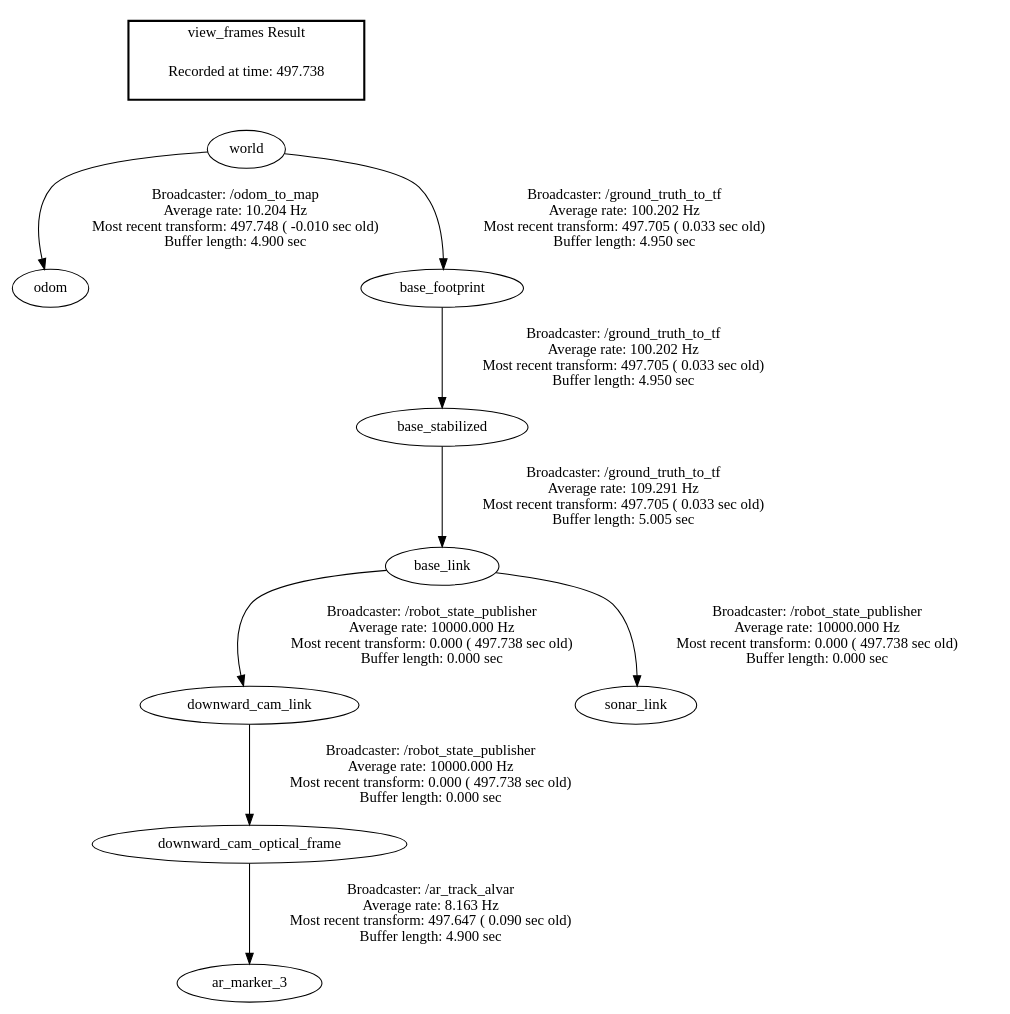
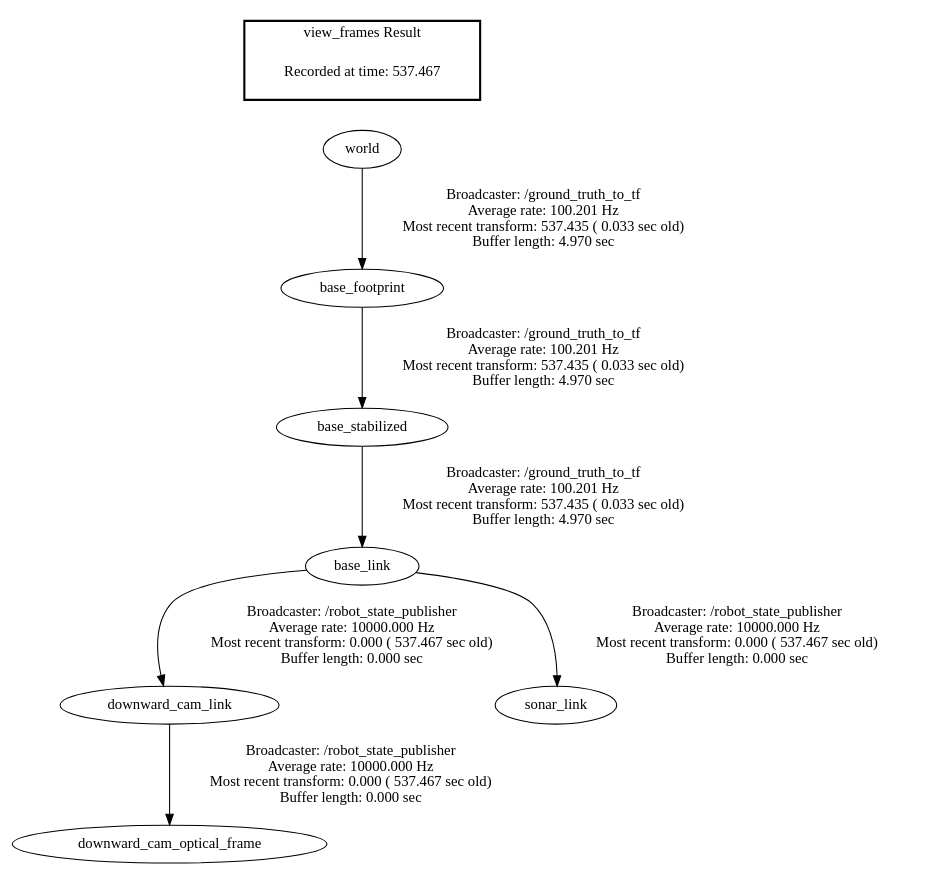
The diagram in frames.gv (suveergarg/uav_landing), drawn with Graphviz before and after one commit. The commit also changed 5 other files, not shown here.

```diff
--- a/frames.gv
+++ b/frames.gv
@@ -1,14 +1,12 @@
 digraph G {
-"base_link" -> "downward_cam_link"[label="Broadcaster: /robot_state_publisher\nAverage rate: 10000.000 Hz\nMost recent transform: 0.000 ( 497.738 sec old)\nBuffer length: 0.000 sec\n"];
-"base_stabilized" -> "base_link"[label="Broadcaster: /ground_truth_to_tf\nAverage rate: 109.291 Hz\nMost recent transform: 497.705 ( 0.033 sec old)\nBuffer length: 5.005 sec\n"];
-"downward_cam_link" -> "downward_cam_optical_frame"[label="Broadcaster: /robot_state_publisher\nAverage rate: 10000.000 Hz\nMost recent transform: 0.000 ( 497.738 sec old)\nBuffer length: 0.000 sec\n"];
-"base_link" -> "sonar_link"[label="Broadcaster: /robot_state_publisher\nAverage rate: 10000.000 Hz\nMost recent transform: 0.000 ( 497.738 sec old)\nBuffer length: 0.000 sec\n"];
-"world" -> "odom"[label="Broadcaster: /odom_to_map\nAverage rate: 10.204 Hz\nMost recent transform: 497.748 ( -0.010 sec old)\nBuffer length: 4.900 sec\n"];
-"world" -> "base_footprint"[label="Broadcaster: /ground_truth_to_tf\nAverage rate: 100.202 Hz\nMost recent transform: 497.705 ( 0.033 sec old)\nBuffer length: 4.950 sec\n"];
-"base_footprint" -> "base_stabilized"[label="Broadcaster: /ground_truth_to_tf\nAverage rate: 100.202 Hz\nMost recent transform: 497.705 ( 0.033 sec old)\nBuffer length: 4.950 sec\n"];
-"downward_cam_optical_frame" -> "ar_marker_3"[label="Broadcaster: /ar_track_alvar\nAverage rate: 8.163 Hz\nMost recent transform: 497.647 ( 0.090 sec old)\nBuffer length: 4.900 sec\n"];
+"base_link" -> "downward_cam_link"[label="Broadcaster: /robot_state_publisher\nAverage rate: 10000.000 Hz\nMost recent transform: 0.000 ( 537.467 sec old)\nBuffer length: 0.000 sec\n"];
+"base_stabilized" -> "base_link"[label="Broadcaster: /ground_truth_to_tf\nAverage rate: 100.201 Hz\nMost recent transform: 537.435 ( 0.033 sec old)\nBuffer length: 4.970 sec\n"];
+"downward_cam_link" -> "downward_cam_optical_frame"[label="Broadcaster: /robot_state_publisher\nAverage rate: 10000.000 Hz\nMost recent transform: 0.000 ( 537.467 sec old)\nBuffer length: 0.000 sec\n"];
+"base_link" -> "sonar_link"[label="Broadcaster: /robot_state_publisher\nAverage rate: 10000.000 Hz\nMost recent transform: 0.000 ( 537.467 sec old)\nBuffer length: 0.000 sec\n"];
+"world" -> "base_footprint"[label="Broadcaster: /ground_truth_to_tf\nAverage rate: 100.201 Hz\nMost recent transform: 537.435 ( 0.033 sec old)\nBuffer length: 4.970 sec\n"];
+"base_footprint" -> "base_stabilized"[label="Broadcaster: /ground_truth_to_tf\nAverage rate: 100.201 Hz\nMost recent transform: 537.435 ( 0.033 sec old)\nBuffer length: 4.970 sec\n"];
 edge [style=invis];
  subgraph cluster_legend { style=bold; color=black; label ="view_frames Result";
-"Recorded at time: 497.738"[ shape=plaintext ] ;
+"Recorded at time: 537.467"[ shape=plaintext ] ;
  }->"world";
 }
```
